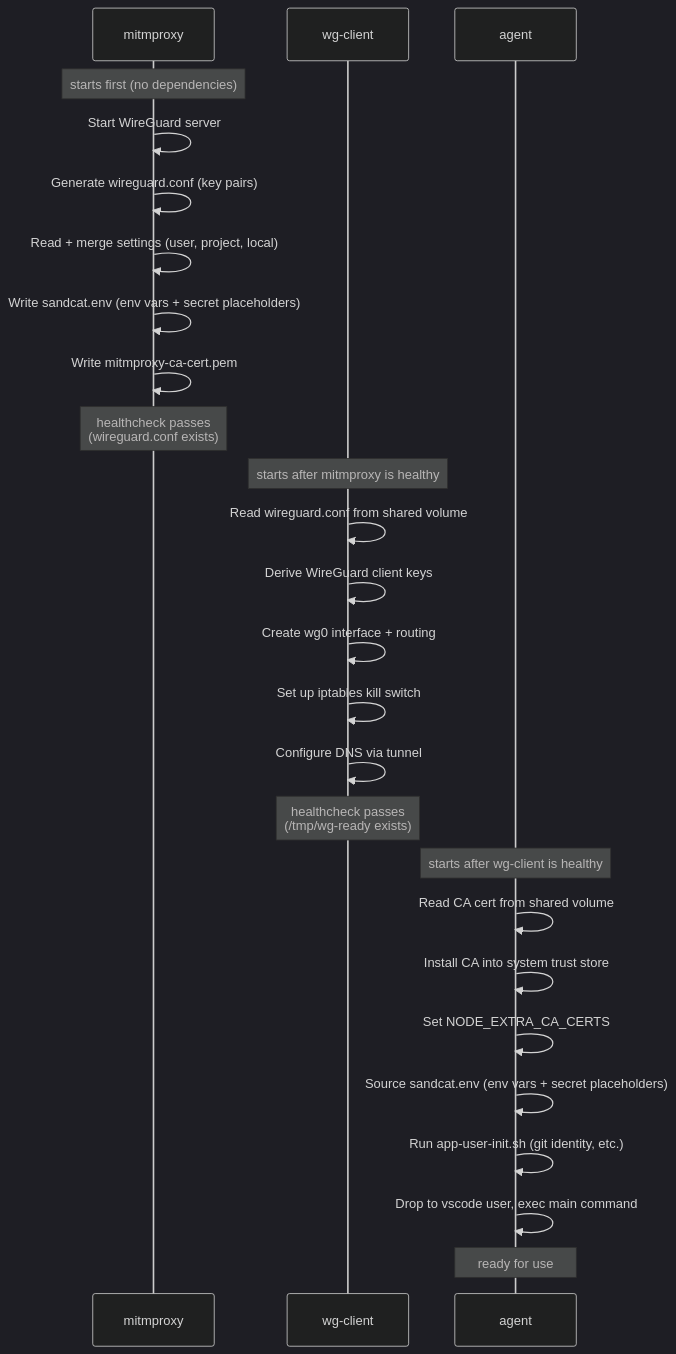
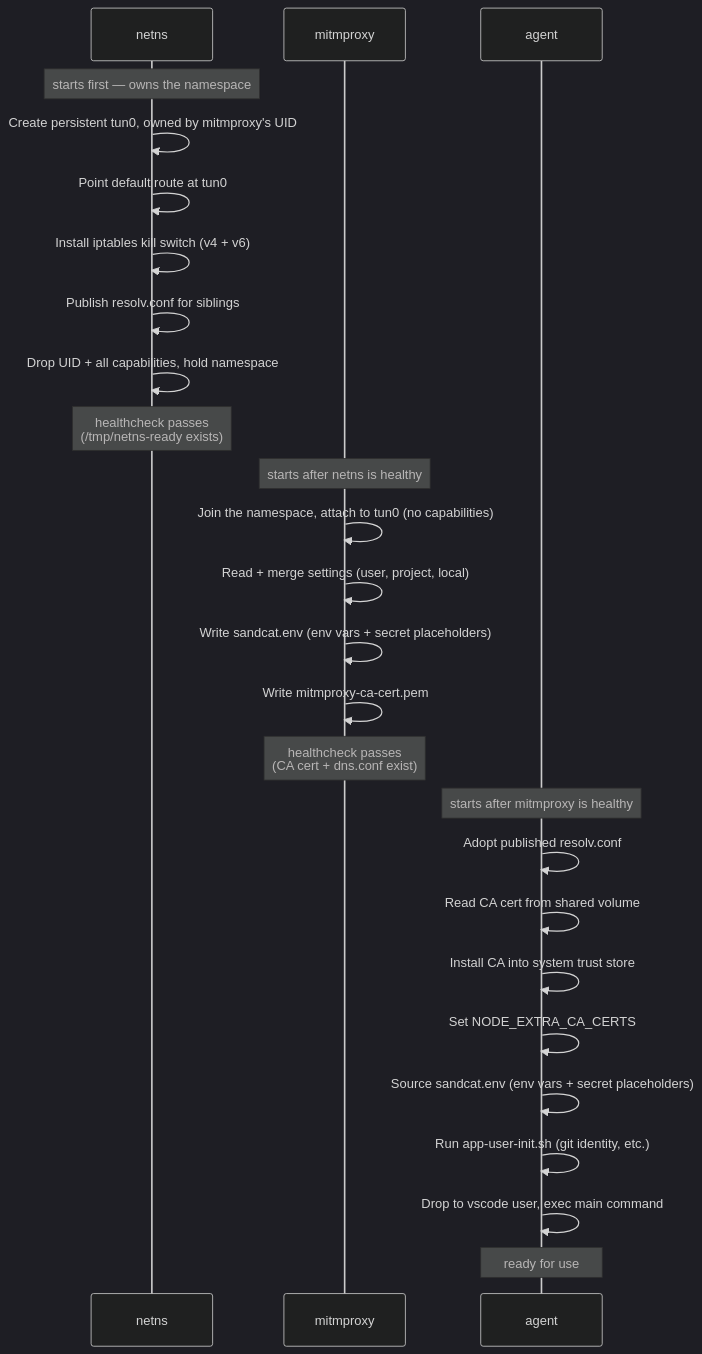
The third of 3 diagrams in README.md (JEHoctor/sandcat), drawn with Mermaid (dark theme) before and after one commit. The commit also changed other lines of this file and 39 other files, not shown here.

````diff
--- a/README.md
+++ b/README.md
@@ -1198,31 +1218,31 @@
 ```mermaid
 sequenceDiagram
+    participant N as netns
     participant M as mitmproxy
-    participant W as wg-client
     participant A as agent
 
-    Note over M: starts first (no dependencies)
-    M->>M: Start WireGuard server
-    M->>M: Generate wireguard.conf (key pairs)
+    Note over N: starts first — owns the namespace
+    N->>N: Create persistent tun0, owned by mitmproxy's UID
+    N->>N: Point default route at tun0
+    N->>N: Install iptables kill switch (v4 + v6)
+    N->>N: Publish resolv.conf for siblings
+    N->>N: Drop UID + all capabilities, hold namespace
+    Note over N: healthcheck passes<br/>(/tmp/netns-ready exists)
+
+    Note over M: starts after netns is healthy
+    M->>M: Join the namespace, attach to tun0 (no capabilities)
     M->>M: Read + merge settings (user, project, local)
     M->>M: Write sandcat.env (env vars + secret placeholders)
     M->>M: Write mitmproxy-ca-cert.pem
-    Note over M: healthcheck passes<br/>(wireguard.conf exists)
+    Note over M: healthcheck passes<br/>(CA cert + dns.conf exist)
 
-    Note over W: starts after mitmproxy is healthy
-    W->>W: Read wireguard.conf from shared volume
-    W->>W: Derive WireGuard client keys
-    W->>W: Create wg0 interface + routing
-    W->>W: Set up iptables kill switch
-    W->>W: Configure DNS via tunnel
-    Note over W: healthcheck passes<br/>(/tmp/wg-ready exists)
-
-    Note over A: starts after wg-client is healthy
+    Note over A: starts after mitmproxy is healthy
+    A->>A: Adopt published resolv.conf
     A->>A: Read CA cert from shared volume
     A->>A: Install CA into system trust store
     A->>A: Set NODE_EXTRA_CA_CERTS
     A->>A: Source sandcat.env (env vars + secret placeholders)
     A->>A: Run app-user-init.sh (git identity, etc.)
     A->>A: Drop to vscode user, exec main command
     Note over A: ready for use
 ```
````
